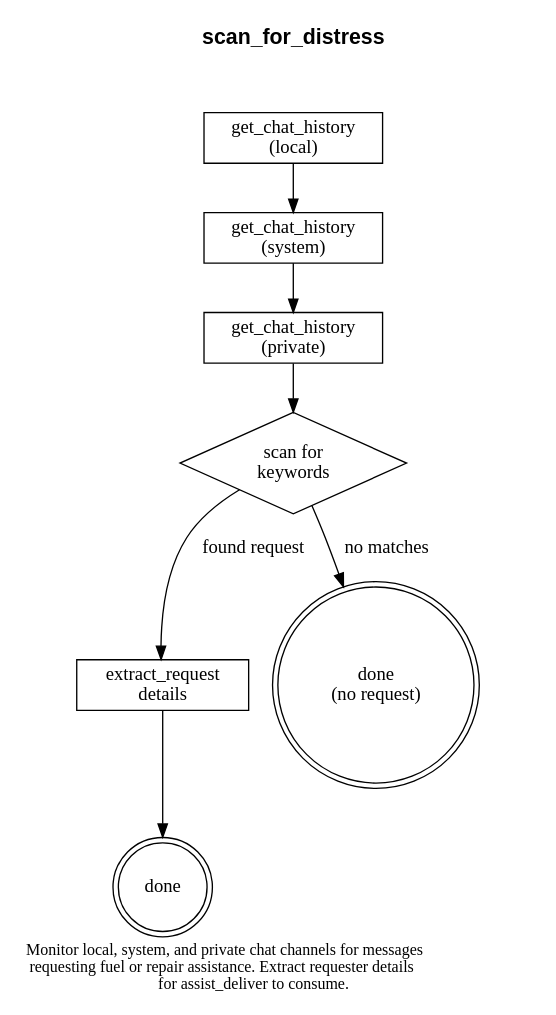
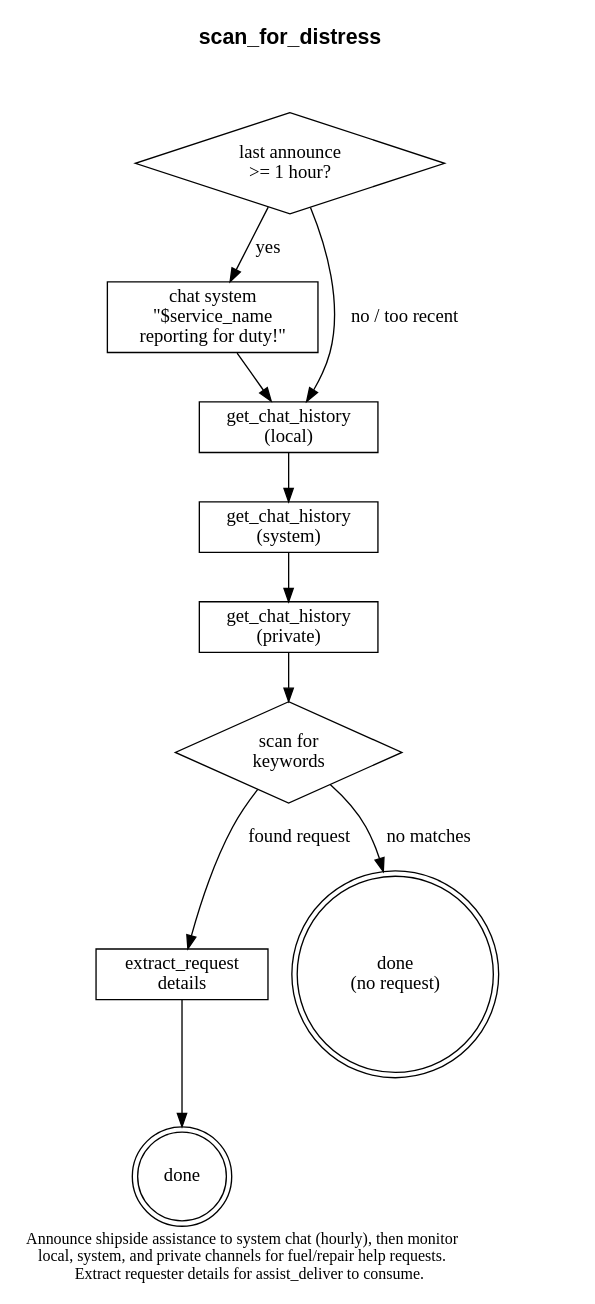
Before and after one commit to rsned/spacemolt: the diagram in data/skills/scan_for_distress.dot, drawn with Graphviz. The commit also changed 9 other files, not shown here.

First line of the commit message:
feat(skills): add hourly service announcement to scan_for_distress

```diff
--- a/data/skills/scan_for_distress.dot
+++ b/data/skills/scan_for_distress.dot
@@ -1,28 +1,33 @@
 digraph scan_for_distress {
   label=<
-Monitor local, system, and private chat channels for messages<br/>
-requesting fuel or repair assistance. Extract requester details<br/>
-for assist_deliver to consume.
+Announce shipside assistance to system chat (hourly), then monitor<br/>
+local, system, and private channels for fuel/repair help requests.<br/>
+Extract requester details for assist_deliver to consume.
 >
   labelloc=b
   fontsize=12
   rankdir=TB
 
   title [shape=none margin=0 fontsize=16 fontname="Helvetica-Bold" label="scan_for_distress"]
-  title -> get_local_chat [style=invis]
+  title -> check_announce_cooldown [style=invis]
 
+  check_announce_cooldown [shape=diamond label="last announce\n>= 1 hour?"]
+  announce_services [shape=box label="chat system\n\"$service_name\nreporting for duty!\""]
   get_local_chat [shape=box label="get_chat_history\n(local)"]
   get_system_chat [shape=box label="get_chat_history\n(system)"]
   get_private_chat [shape=box label="get_chat_history\n(private)"]
   scan_messages [shape=diamond label="scan for\nkeywords"]
   extract_request [shape=box label="extract_request\ndetails"]
   done_no_request [shape=doublecircle label="done\n(no request)"]
   done [shape=doublecircle label="done"]
 
+  check_announce_cooldown -> announce_services [label="yes"]
+  check_announce_cooldown -> get_local_chat [label="no / too recent"]
+  announce_services -> get_local_chat
   get_local_chat -> get_system_chat
   get_system_chat -> get_private_chat
   get_private_chat -> scan_messages
   scan_messages -> extract_request [label="found request"]
   scan_messages -> done_no_request [label="no matches"]
   extract_request -> done
 }
```
